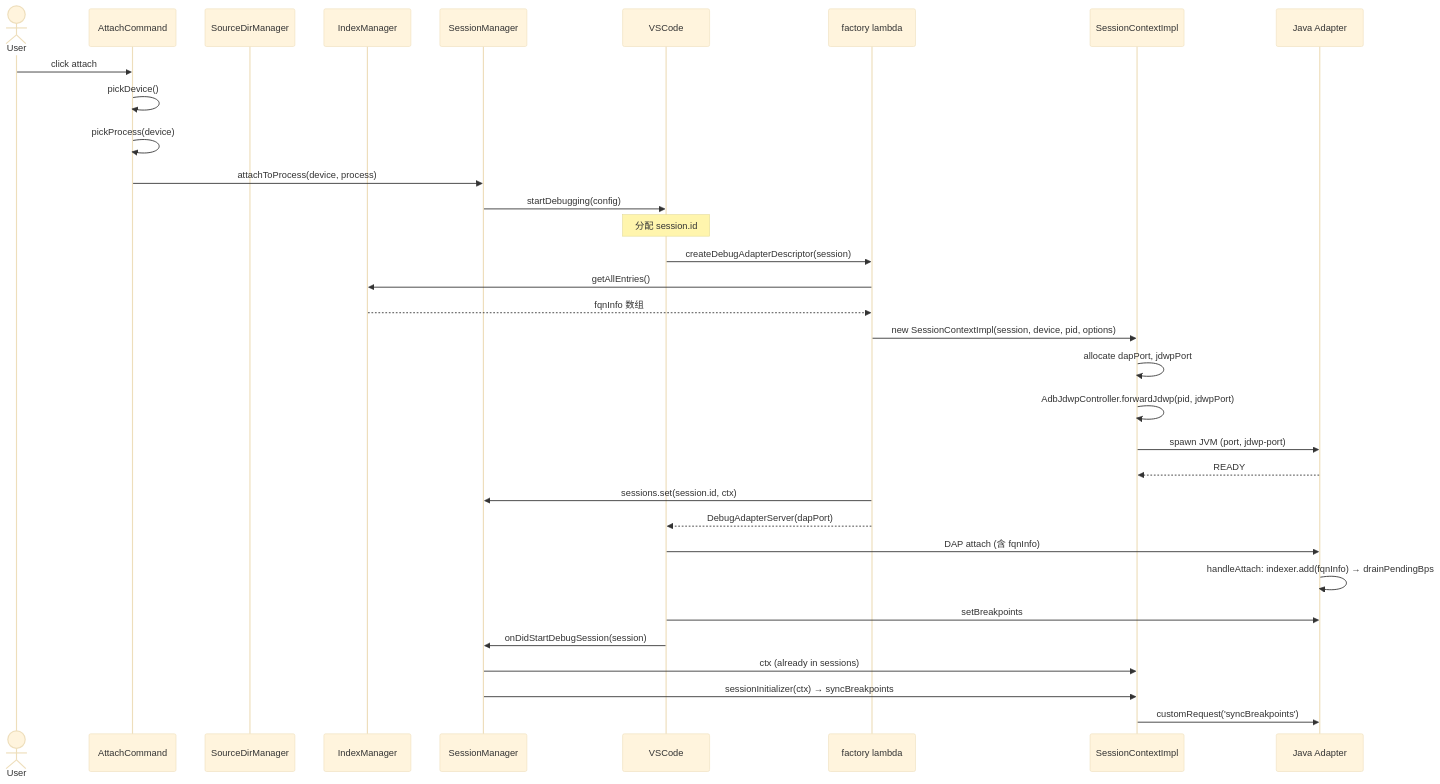
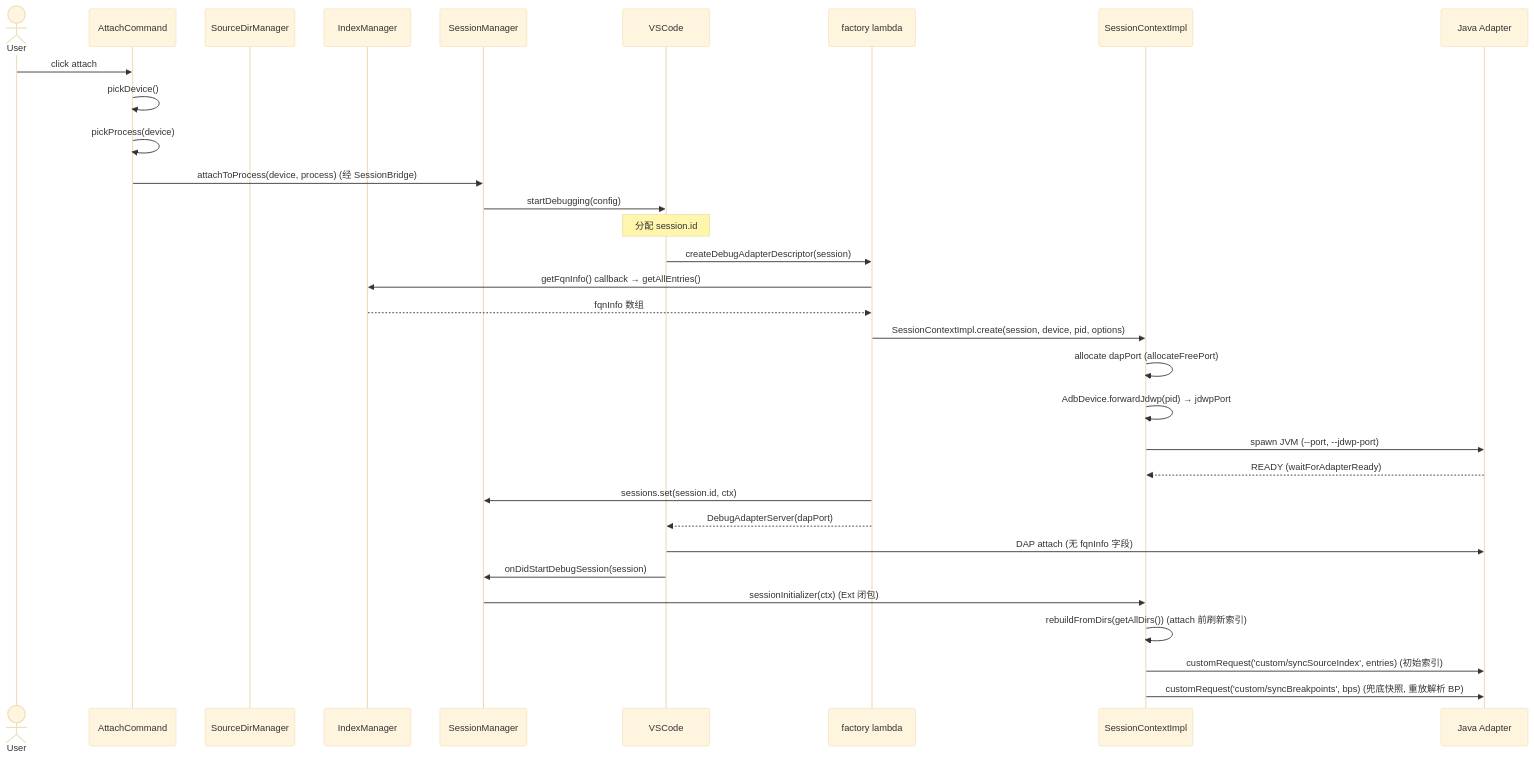
The fourth of 7 diagrams in docs/ARCHITECTURE.md (lx0758/VSCode-Android-Debugger), drawn with Mermaid (base theme) before and after one commit. The commit also changed other lines of this file and 68 other files, not shown here.

````diff
--- a/docs/ARCHITECTURE.md
+++ b/docs/ARCHITECTURE.md
@@ -1114,36 +938,35 @@
 ```mermaid
 sequenceDiagram
     actor User
     participant AC as AttachCommand
     participant SDM as SourceDirManager
     participant IM as IndexManager
     participant SM as SessionManager
     participant VS as VSCode
     participant Fac as factory lambda
     participant SCI as SessionContextImpl
     participant JVM as Java Adapter
 
     User->>AC: click attach
     AC->>AC: pickDevice()
     AC->>AC: pickProcess(device)
-    AC->>SM: attachToProcess(device, process)
+    AC->>SM: attachToProcess(device, process)  (经 SessionBridge)
     SM->>VS: startDebugging(config)
     Note over VS: 分配 session.id
     VS->>Fac: createDebugAdapterDescriptor(session)
-    Fac->>IM: getAllEntries()
+    Fac->>IM: getFqnInfo() callback → getAllEntries()
     IM-->>Fac: fqnInfo 数组
-    Fac->>SCI: new SessionContextImpl(session, device, pid, options)
-    SCI->>SCI: allocate dapPort, jdwpPort
-    SCI->>SCI: AdbJdwpController.forwardJdwp(pid, jdwpPort)
-    SCI->>JVM: spawn JVM (port, jdwp-port)
-    JVM-->>SCI: READY
+    Fac->>SCI: SessionContextImpl.create(session, device, pid, options)
+    SCI->>SCI: allocate dapPort (allocateFreePort)
+    SCI->>SCI: AdbDevice.forwardJdwp(pid) → jdwpPort
+    SCI->>JVM: spawn JVM (--port, --jdwp-port)
+    JVM-->>SCI: READY (waitForAdapterReady)
     Fac->>SM: sessions.set(session.id, ctx)
     Fac-->>VS: DebugAdapterServer(dapPort)
-    VS->>JVM: DAP attach (含 fqnInfo)
-    JVM->>JVM: handleAttach: indexer.add(fqnInfo) → drainPendingBps
-    VS->>JVM: setBreakpoints
+    VS->>JVM: DAP attach (无 fqnInfo 字段)
     VS->>SM: onDidStartDebugSession(session)
-    SM->>SCI: ctx (already in sessions)
-    SM->>SCI: sessionInitializer(ctx) → syncBreakpoints
-    SCI->>JVM: customRequest('syncBreakpoints')
+    SM->>SCI: sessionInitializer(ctx) (Ext 闭包)
+    SCI->>SCI: rebuildFromDirs(getAllDirs()) (attach 前刷新索引)
+    SCI->>JVM: customRequest('custom/syncSourceIndex', entries) (初始索引)
+    SCI->>JVM: customRequest('custom/syncBreakpoints', bps) (兜底快照, 重放解析 BP)
 ```
````
